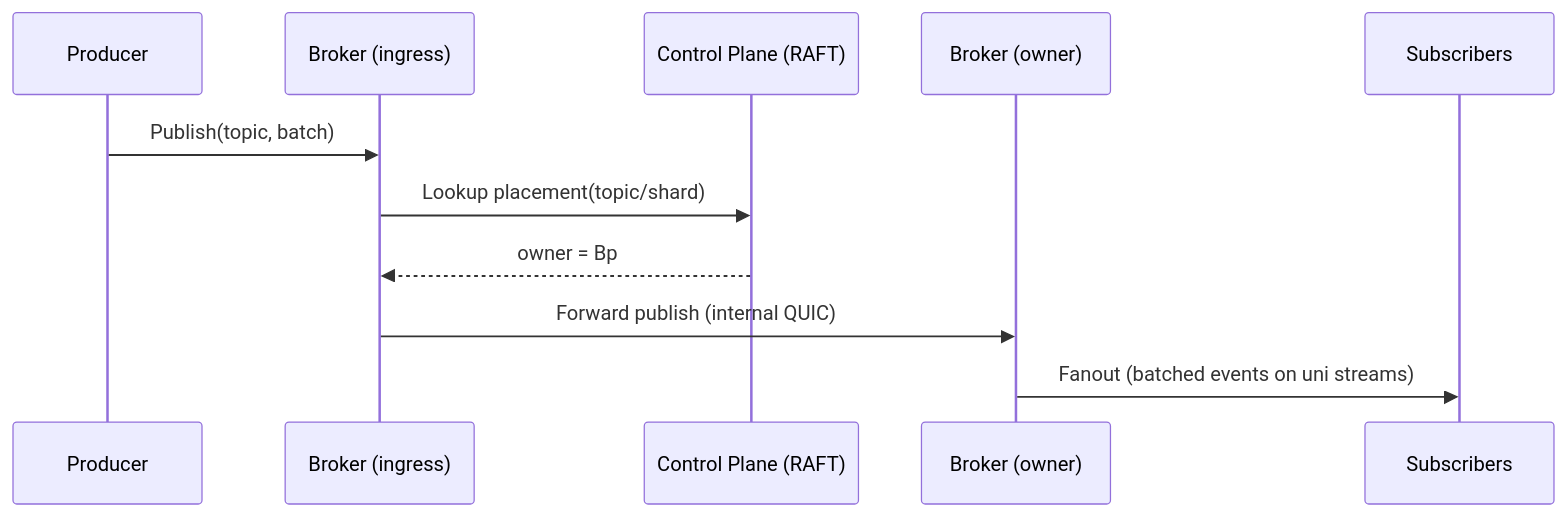
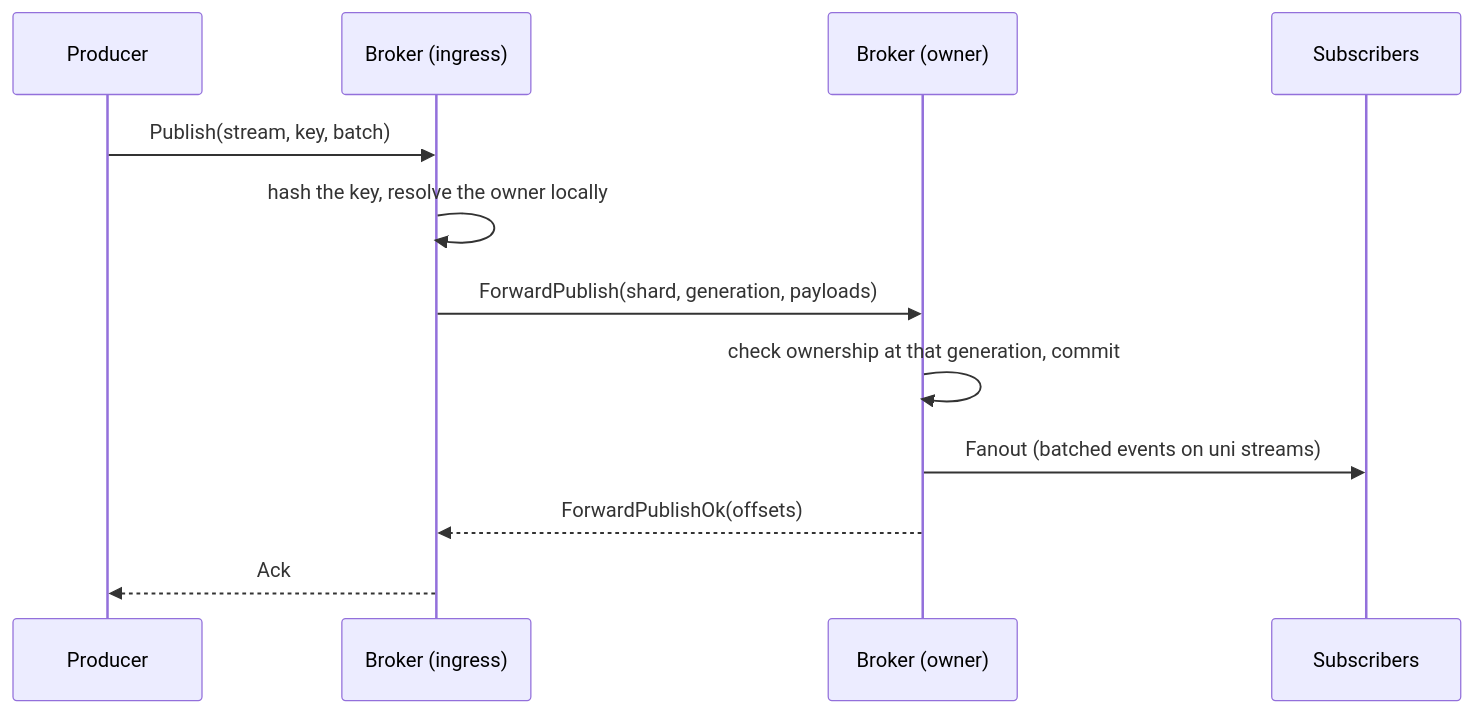
One commit to gabloe/felix changed the diagram in docs/architecture.md. Above: the diagram before and after it, drawn with Mermaid. The commit also changed other lines of this file and 5 other files, not shown here.

Commit message:
Replace the architecture diagrams with one that is true (#303)

````diff
--- a/docs/architecture.md
+++ b/docs/architecture.md
@@ -260,14 +215,15 @@
 ```mermaid
 sequenceDiagram
   participant Client as Producer
   participant B0 as Broker (ingress)
-  participant CONTROLPLANE as Control Plane (RAFT)
   participant Bp as Broker (owner)
   participant S as Subscribers
 
-  Client->>B0: Publish(topic, batch)
-  B0->>CONTROLPLANE: Lookup placement(topic/shard)
-  CONTROLPLANE-->>B0: owner = Bp
-  B0->>Bp: Forward publish (internal QUIC)
+  Client->>B0: Publish(stream, key, batch)
+  B0->>B0: hash the key, resolve the owner locally
+  B0->>Bp: ForwardPublish(shard, generation, payloads)
+  Bp->>Bp: check ownership at that generation, commit
   Bp->>S: Fanout (batched events on uni streams)
+  Bp-->>B0: ForwardPublishOk(offsets)
+  B0-->>Client: Ack
 ```
````
